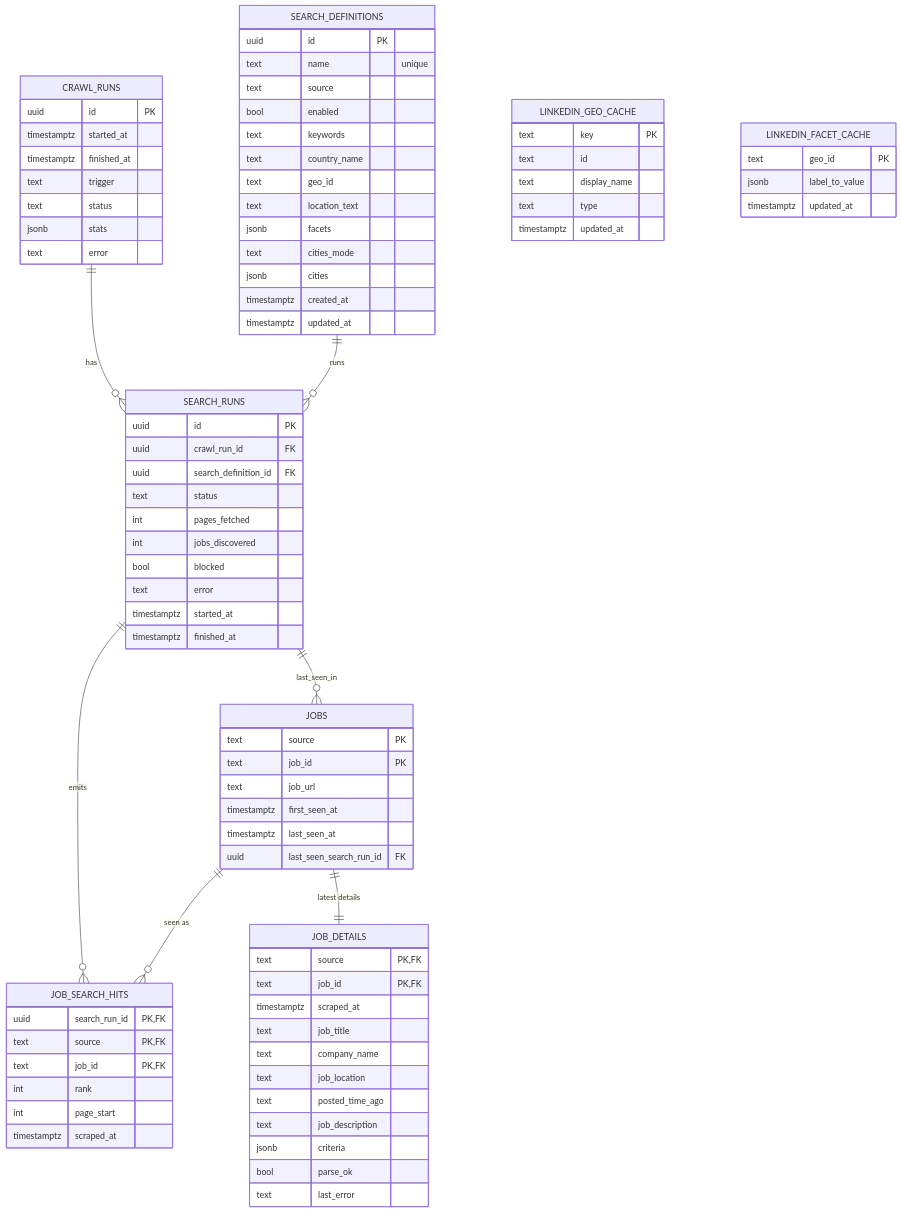
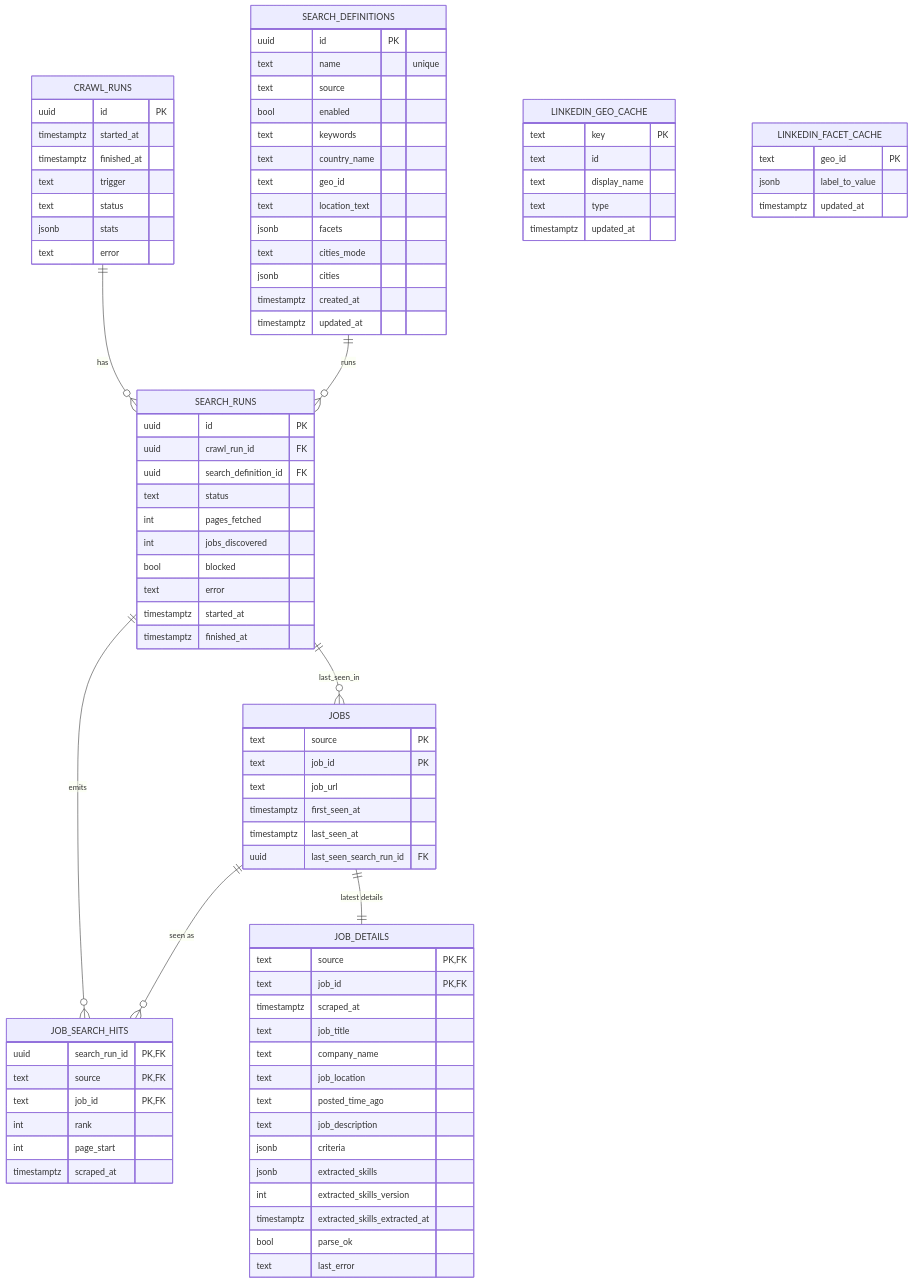
Before and after one commit to Fatih0234/job-seeking-web-scrape: the diagram in docs/DB_ERD_AND_FLOWS.md, drawn with Mermaid. The commit also changed other lines of this file and 7 other files, not shown here.

```diff
--- a/docs/DB_ERD_AND_FLOWS.md
+++ b/docs/DB_ERD_AND_FLOWS.md
@@ -76,6 +76,9 @@
     text posted_time_ago
     text job_description
     jsonb criteria
+    jsonb extracted_skills
+    int extracted_skills_version
+    timestamptz extracted_skills_extracted_at
     bool parse_ok
     text last_error
   }
```
